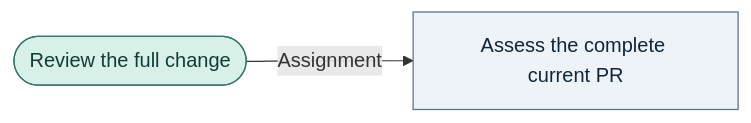
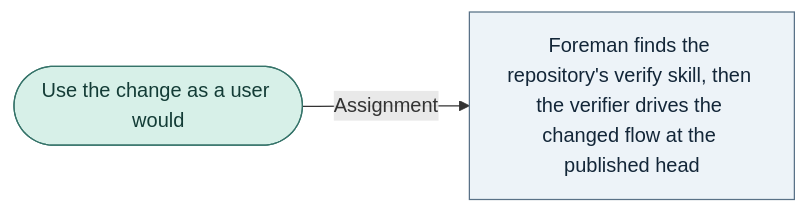
The diagram in docs/graph/blueprint/views/workers/verifier.mmd (bookout-labs/tools), drawn with Mermaid before and after one commit. The commit also changed 24 other files, not shown here.

First line of the commit message:
Draw the Verify stage: the verifier uses the change as a user would before review (D11) (#252)

```diff
--- a/docs/graph/blueprint/views/workers/verifier.mmd
+++ b/docs/graph/blueprint/views/workers/verifier.mmd
@@ -1,9 +1,9 @@
 flowchart LR
-    n0(["Review the full change"]):::worker
-    n1["Assess the complete current PR"]:::step
+    n0(["Use the change as a user would"]):::worker
+    n1["Foreman finds the repository's verify skill, then the verifier drives the changed flow at the published head"]:::step
     n0 -->|"Assignment"| n1
     classDef stage fill:#dcebf8,stroke:#315675,color:#10283b
     classDef step fill:#edf3f8,stroke:#597187,color:#132638
     classDef worker fill:#d7f0e8,stroke:#357369,color:#133c36
     classDef gate fill:#fff0c9,stroke:#89641f,color:#3f2b0b
     classDef terminal fill:#f0f0f0,stroke:#666666,color:#202020
```
